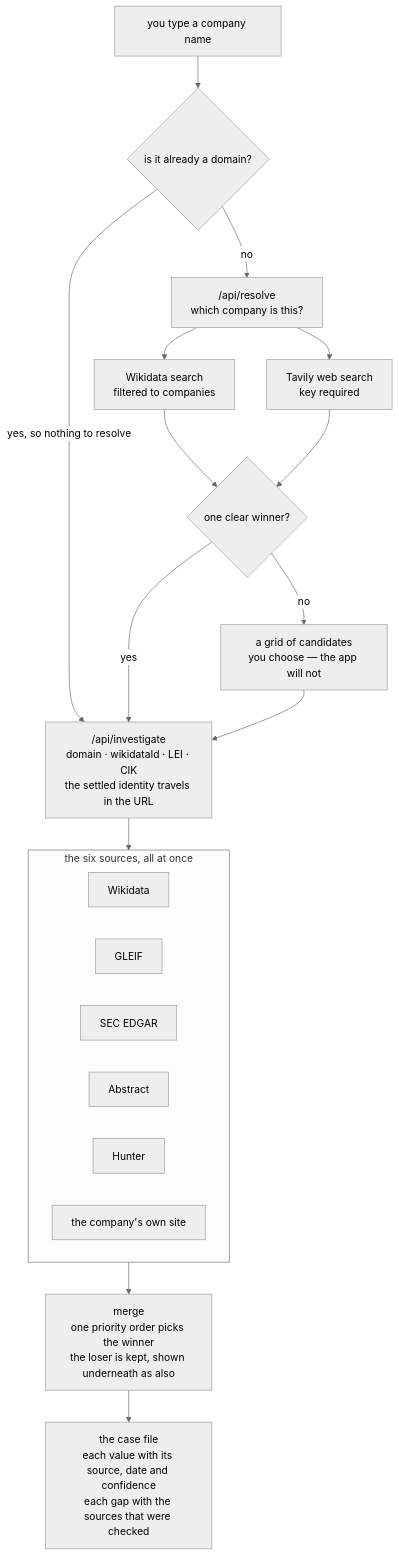
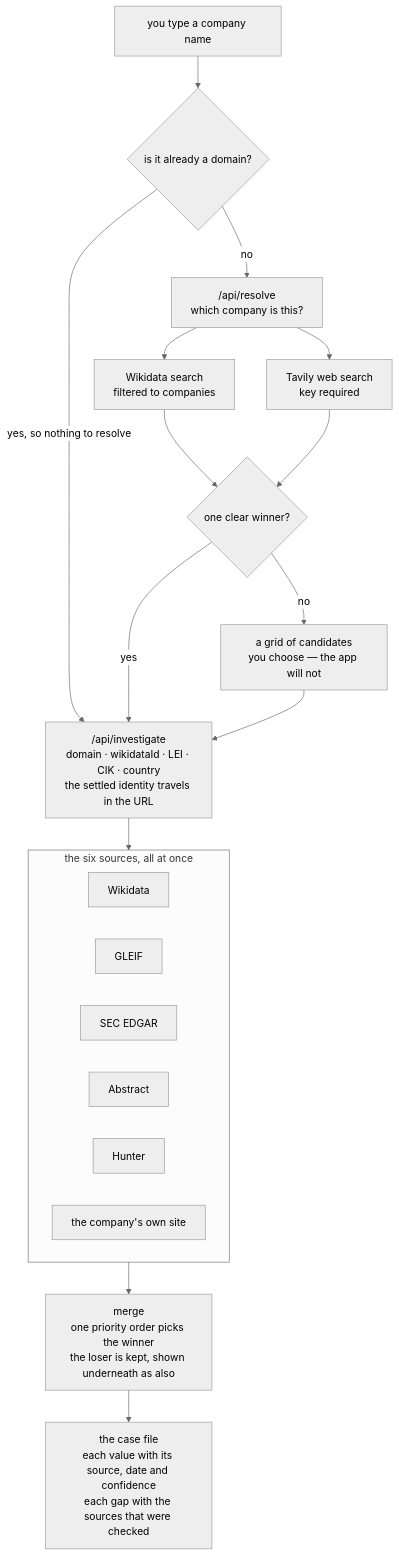
The diagram in README.md (cosmogab/detective-gabi), drawn with Mermaid (neutral theme) before and after one commit. The commit also changed other lines of this file, not shown here.

First line of the commit message:
docs: correct what the README says about the bar and the identity

````diff
--- a/README.md
+++ b/README.md
@@ -24,30 +24,30 @@
 ```mermaid
 flowchart TB
     Q["you type a company name"] --> DOM{"is it already a domain?"}
 
     DOM -- "no" --> RES["/api/resolve<br/>which company is this?"]
     RES --> WDS["Wikidata search<br/>filtered to companies"]
     RES --> TAV["Tavily web search<br/>key required"]
     WDS --> DEC{"one clear winner?"}
     TAV --> DEC
     DEC -- "no" --> GRID["a grid of candidates<br/>you choose — the app will not"]
 
     DOM -- "yes, so nothing to resolve" --> INV
     DEC -- "yes" --> INV
-    GRID --> INV["/api/investigate<br/>domain · wikidataId · LEI · CIK<br/>the settled identity travels in the URL"]
+    GRID --> INV["/api/investigate<br/>domain · wikidataId · LEI · CIK · country<br/>the settled identity travels in the URL"]
 
     INV --> SIX
 
     subgraph SIX["the six sources, all at once"]
         direction LR
         P1["Wikidata"]
         P2["GLEIF"]
         P3["SEC EDGAR"]
         P4["Abstract"]
         P5["Hunter"]
         P6["the company's own site"]
     end
 
     SIX --> MRG["merge<br/>one priority order picks the winner<br/>the loser is kept, shown underneath as also"]
     MRG --> REP["the case file<br/>each value with its source, date and confidence<br/>each gap with the sources that were checked"]
 ```
````
